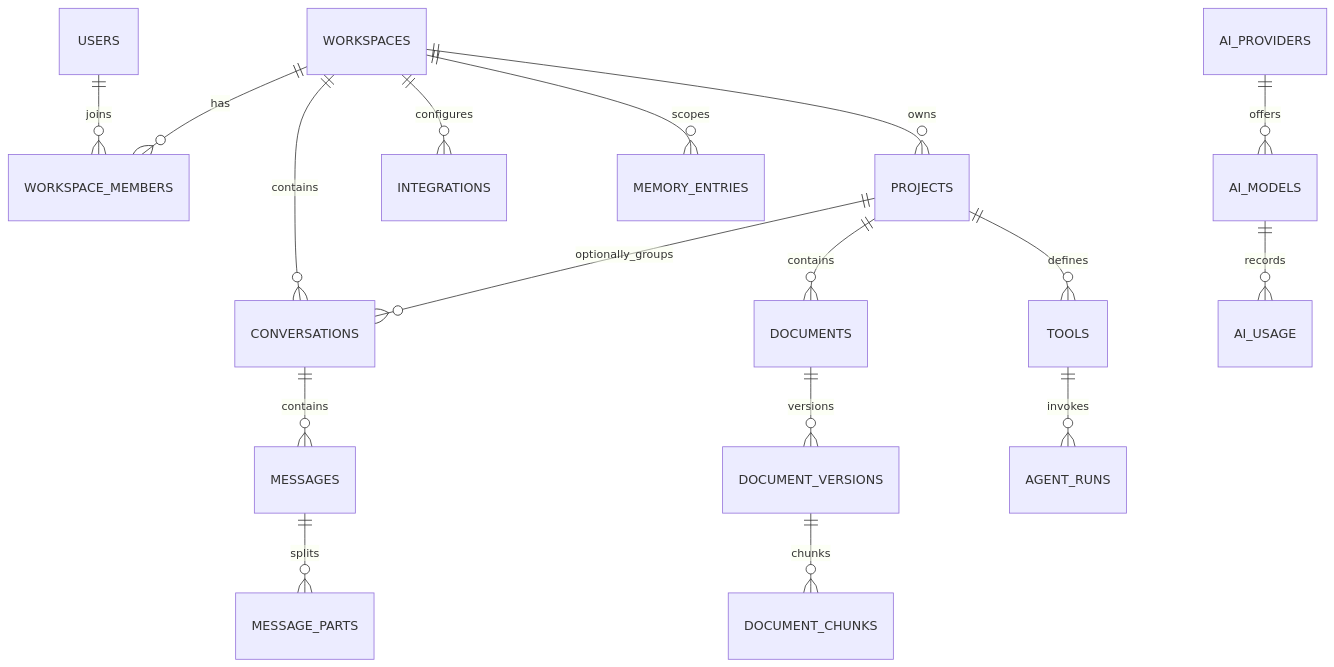
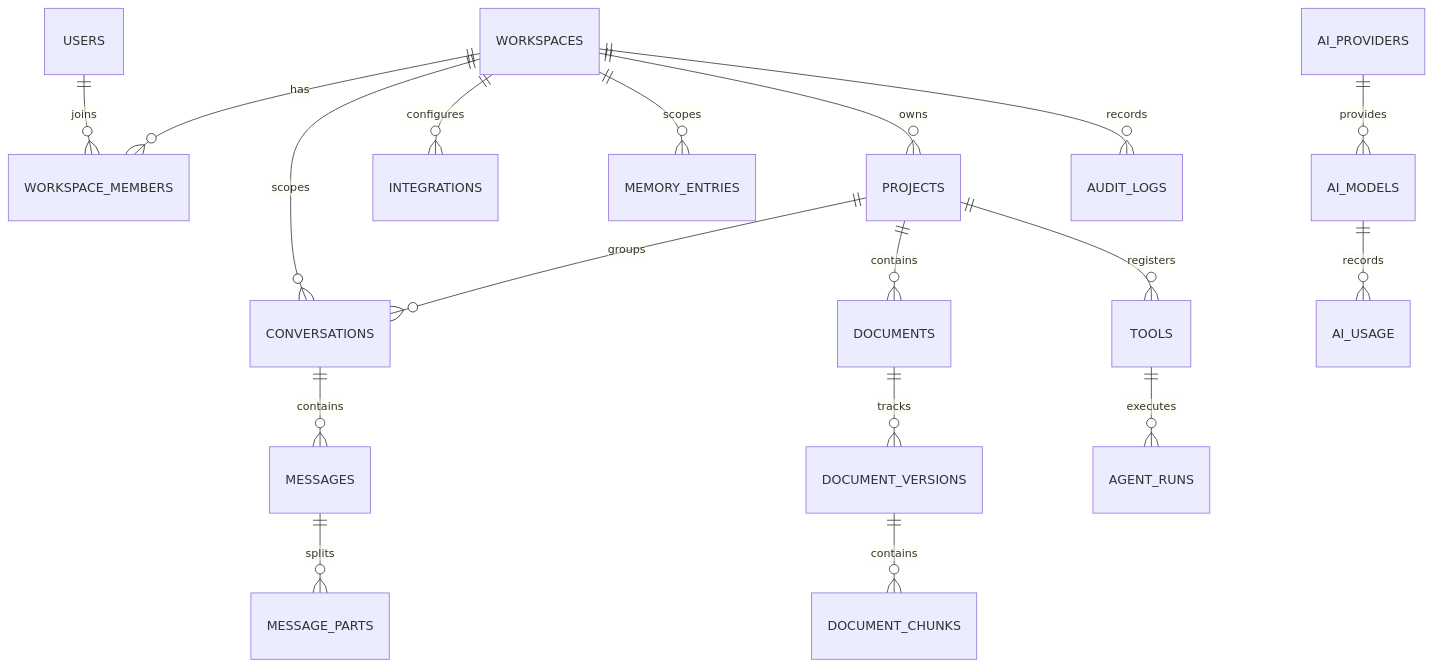
The diagram in docs/DATABASE.md (Raj-Patel7807/kontexa), drawn with Mermaid before and after one commit. The commit also changed other lines of this file and 19 other files, not shown here.

````diff
--- a/docs/DATABASE.md
+++ b/docs/DATABASE.md
@@ -35,19 +44,20 @@
 ```mermaid
 erDiagram
     USERS ||--o{ WORKSPACE_MEMBERS : joins
     WORKSPACES ||--o{ WORKSPACE_MEMBERS : has
     WORKSPACES ||--o{ PROJECTS : owns
-    WORKSPACES ||--o{ CONVERSATIONS : contains
-    PROJECTS ||--o{ CONVERSATIONS : optionally_groups
+    WORKSPACES ||--o{ CONVERSATIONS : scopes
+    PROJECTS ||--o{ CONVERSATIONS : groups
     CONVERSATIONS ||--o{ MESSAGES : contains
     MESSAGES ||--o{ MESSAGE_PARTS : splits
     PROJECTS ||--o{ DOCUMENTS : contains
-    DOCUMENTS ||--o{ DOCUMENT_VERSIONS : versions
-    DOCUMENT_VERSIONS ||--o{ DOCUMENT_CHUNKS : chunks
+    DOCUMENTS ||--o{ DOCUMENT_VERSIONS : tracks
+    DOCUMENT_VERSIONS ||--o{ DOCUMENT_CHUNKS : contains
     WORKSPACES ||--o{ INTEGRATIONS : configures
     WORKSPACES ||--o{ MEMORY_ENTRIES : scopes
-    PROJECTS ||--o{ TOOLS : defines
-    TOOLS ||--o{ AGENT_RUNS : invokes
-    AI_PROVIDERS ||--o{ AI_MODELS : offers
+    PROJECTS ||--o{ TOOLS : registers
+    TOOLS ||--o{ AGENT_RUNS : executes
+    AI_PROVIDERS ||--o{ AI_MODELS : provides
     AI_MODELS ||--o{ AI_USAGE : records
+    WORKSPACES ||--o{ AUDIT_LOGS : records
 ```
````
